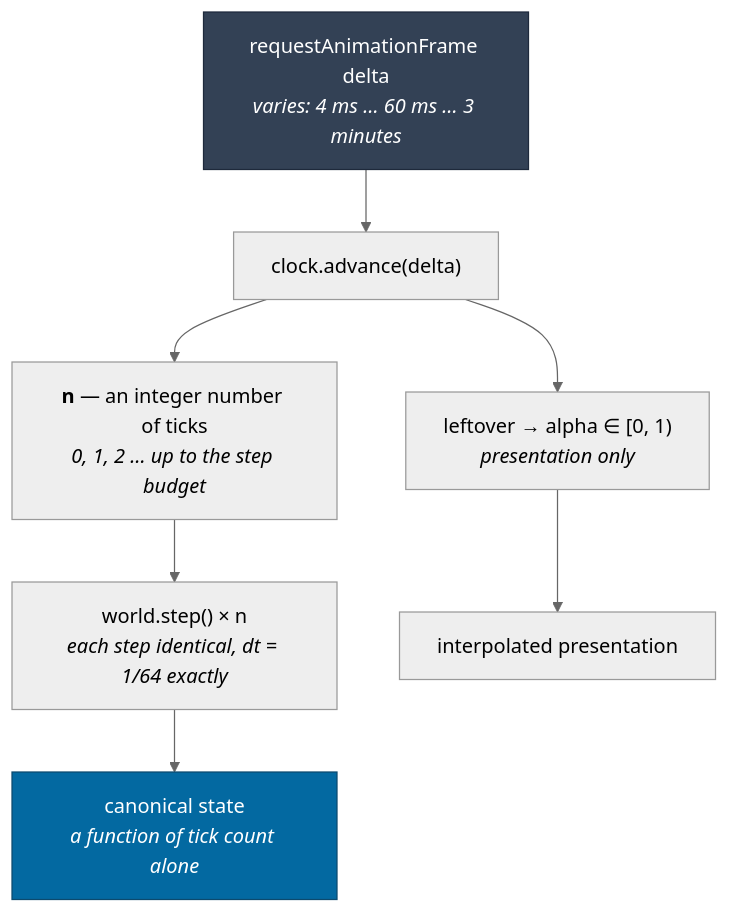
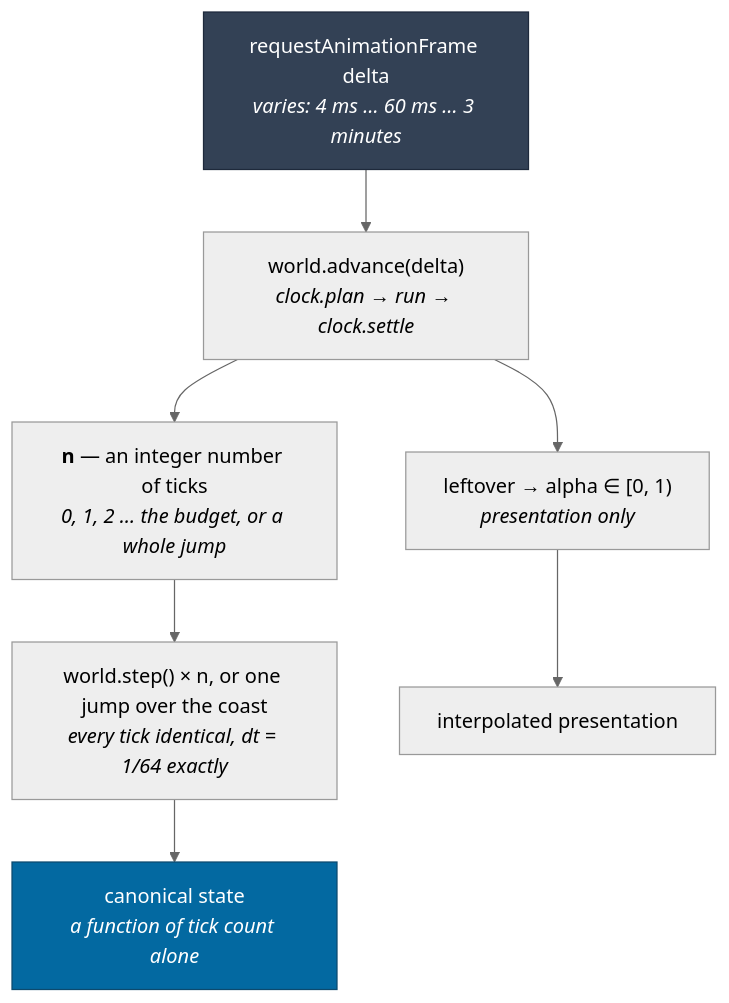
Before and after one commit to jonjaques/inertialref: the first of 5 diagrams in docs/concepts/time.md, drawn with Mermaid (neutral theme). The commit also changed other lines of this file and 46 other files, not shown here.

First line of the commit message:
A coasting ship is on rails, and a frame jumps the ticks it does not step (#46)

````diff
--- a/docs/concepts/time.md
+++ b/docs/concepts/time.md
@@ -40,18 +40,18 @@
 ```mermaid
 flowchart TB
     RAF["requestAnimationFrame delta<br/><i>varies: 4 ms … 60 ms … 3 minutes</i>"]
-    ADV["clock.advance(delta)"]
-    N["<b>n</b> — an integer number of ticks<br/><i>0, 1, 2 … up to the step budget</i>"]
-    STEP["world.step() × n<br/><i>each step identical, dt = 1/64 exactly</i>"]
+    ADV["world.advance(delta)<br/><i>clock.plan → run → clock.settle</i>"]
+    N["<b>n</b> — an integer number of ticks<br/><i>0, 1, 2 … the budget, or a whole jump</i>"]
+    STEP["world.step() × n, or one jump over the coast<br/><i>every tick identical, dt = 1/64 exactly</i>"]
     ALPHA["leftover → alpha ∈ [0, 1)<br/><i>presentation only</i>"]
 
     RAF --> ADV
     ADV --> N
     ADV --> ALPHA
     N --> STEP
     STEP --> STATE["canonical state<br/><i>a function of tick count alone</i>"]
     ALPHA --> RENDER["interpolated presentation"]
 
     style STATE fill:#0369a1,stroke:#0c4a6e,color:#fff
     style RAF fill:#334155,stroke:#1e293b,color:#fff
 ```
````
